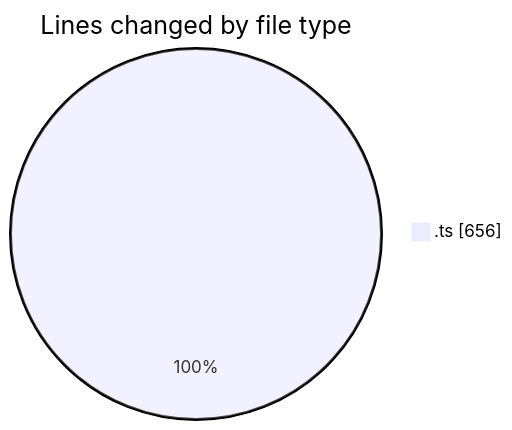
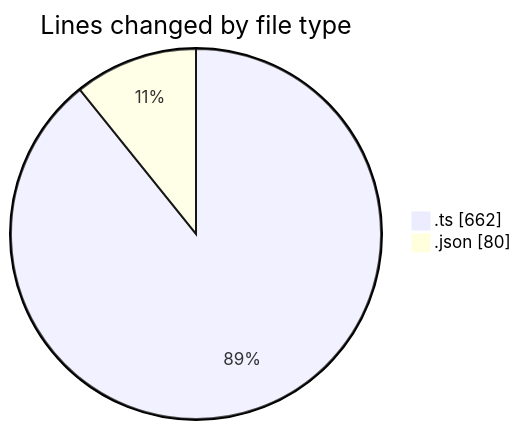
Before and after one commit to robertbonfada/code-tracking: the first of 2 diagrams in 2025-03-03/lumine-web/README.md, drawn with Mermaid. The commit also changed other lines of this file and 1 other file, not shown here.

````diff
--- a/2025-03-03/lumine-web/README.md
+++ b/2025-03-03/lumine-web/README.md
@@ -20,5 +21,6 @@
 ```mermaid
 pie showData
 title Lines changed by file type
-".ts" : 656
+".ts" : 662
+".json" : 80
 ```
````
